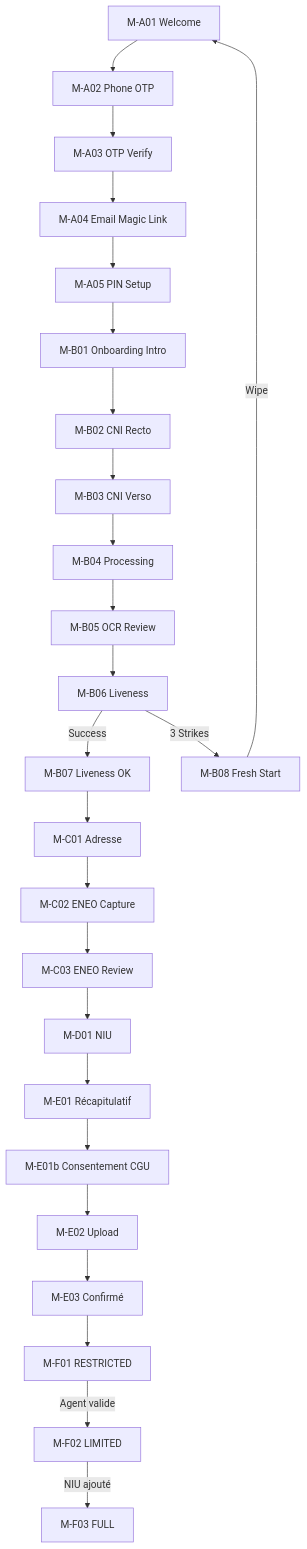
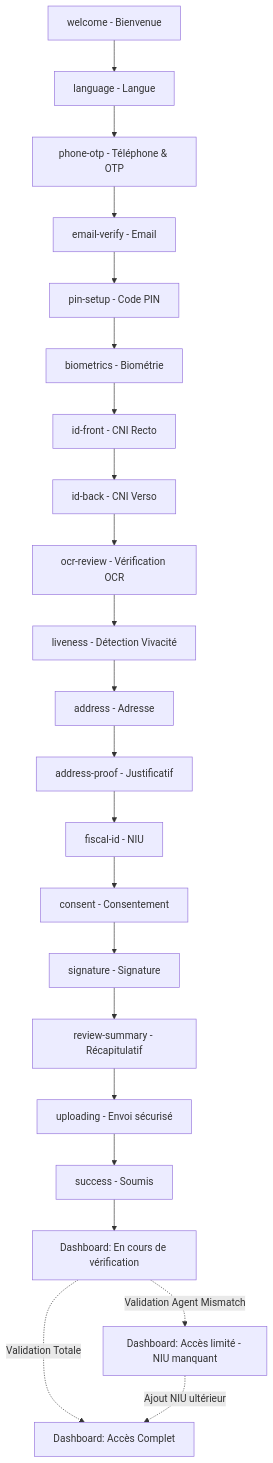
The diagram in _bmad-output/planning-artifacts/ux-ui-inventory-bicec-veripass.md (Ken-Andre/bicec-veripass), drawn with Mermaid before and after one commit. The commit also changed 2 other files, not shown here.

````diff
--- a/_bmad-output/planning-artifacts/ux-ui-inventory-bicec-veripass.md
+++ b/_bmad-output/planning-artifacts/ux-ui-inventory-bicec-veripass.md
@@ -303,27 +303,37 @@
 ```mermaid
 graph TD
-    A01[M-A01 Welcome] --> A02[M-A02 Phone OTP]
-    A02 --> A03[M-A03 OTP Verify]
-    A03 --> A04[M-A04 Email Magic Link]
-    A04 --> A05[M-A05 PIN Setup]
-    A05 --> B01[M-B01 Onboarding Intro]
-    B01 --> B02[M-B02 CNI Recto]
-    B02 --> B03[M-B03 CNI Verso]
-    B03 --> B04[M-B04 Processing]
-    B04 --> B05[M-B05 OCR Review]
-    B05 --> B06[M-B06 Liveness]
-    B06 -->|Success| B07[M-B07 Liveness OK]
-    B06 -->|3 Strikes| B08[M-B08 Fresh Start]
-    B08 -->|Wipe| A01
-    B07 --> C01[M-C01 Adresse]
-    C01 --> C02[M-C02 ENEO Capture]
-    C02 --> C03[M-C03 ENEO Review]
-    C03 --> D01[M-D01 NIU]
-    D01 --> E01[M-E01 Récapitulatif]
-    E01 --> E01b[M-E01b Consentement CGU]
-    E01b --> E02[M-E02 Upload]
-    E02 --> E03[M-E03 Confirmé]
-    E03 --> F01[M-F01 RESTRICTED]
-    F01 -->|Agent valide| F02[M-F02 LIMITED]
-    F02 -->|NIU ajouté| F03[M-F03 FULL]
+    %% Démarrage
+    S1[welcome - Bienvenue] --> S2[language - Langue]
+    
+    %% Auth
+    S2 --> S3[phone-otp - Téléphone & OTP]
+    S3 --> S4[email-verify - Email]
+    S4 --> S5[pin-setup - Code PIN]
+    S5 --> S6[biometrics - Biométrie]
+    
+    %% Identité
+    S6 --> S7[id-front - CNI Recto]
+    S7 --> S8[id-back - CNI Verso]
+    S8 --> S9[ocr-review - Vérification OCR]
+    S9 --> S10[liveness - Détection Vivacité]
+    
+    %% Domicile
+    S10 --> S11[address - Adresse]
+    S11 --> S12[address-proof - Justificatif]
+    
+    %% Fiscal
+    S12 --> S13[fiscal-id - NIU]
+    
+    %% Finalisation
+    S13 --> S14[consent - Consentement]
+    S14 --> S15[signature - Signature]
+    S15 --> S16[review-summary - Récapitulatif]
+    S16 --> S17[uploading - Envoi sécurisé]
+    S17 --> S18[success - Soumis]
+    
+    %% Post-Submission Dashboard States
+    S18 --> D_PENDING[Dashboard: En cours de vérification]
+    D_PENDING -.->|Validation Agent Mismatch| D_LIMITED[Dashboard: Accès limité - NIU manquant]
+    D_PENDING -.->|Validation Totale| D_FULL[Dashboard: Accès Complet]
+    D_LIMITED -.->|Ajout NIU ultérieur| D_FULL
 ```
````
